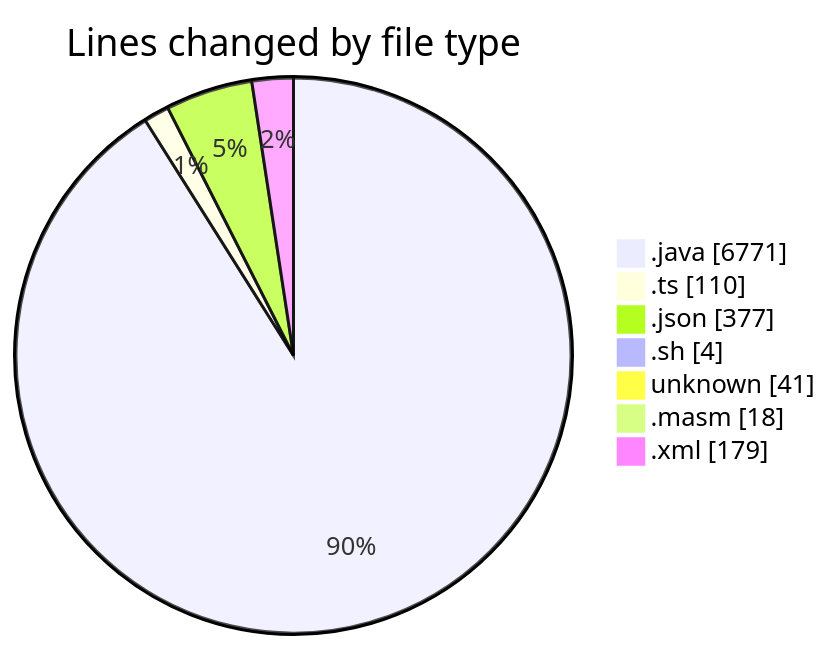
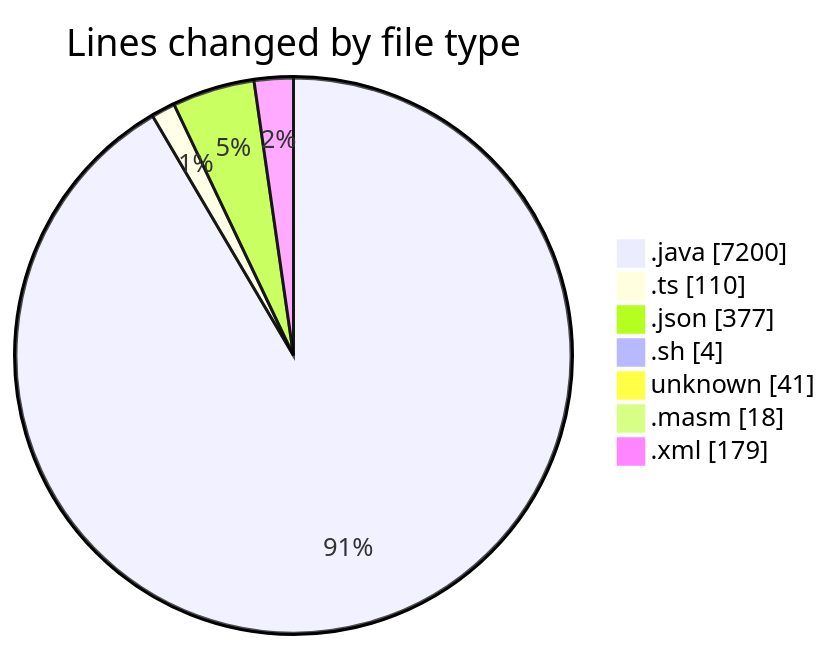
One commit to charlie-sans/code-tracking changed the first of 2 diagrams in 2025-02-20/micros/README.md. Above: the diagram before and after it, drawn with Mermaid. The commit also changed other lines of this file and 1 other file, not shown here.

````diff
--- a/2025-02-20/micros/README.md
+++ b/2025-02-20/micros/README.md
@@ -46,11 +47,11 @@
 ```mermaid
 pie showData
 title Lines changed by file type
-".java" : 6771
+".java" : 7200
 ".ts" : 110
 ".json" : 377
 ".sh" : 4
 "unknown" : 41
 ".masm" : 18
 ".xml" : 179
 ```
````
